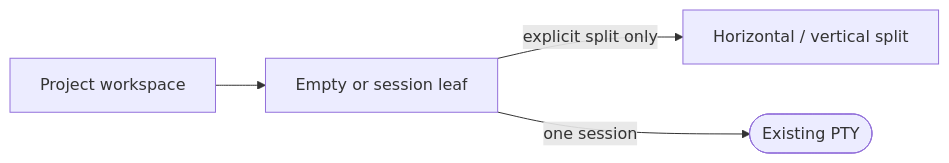
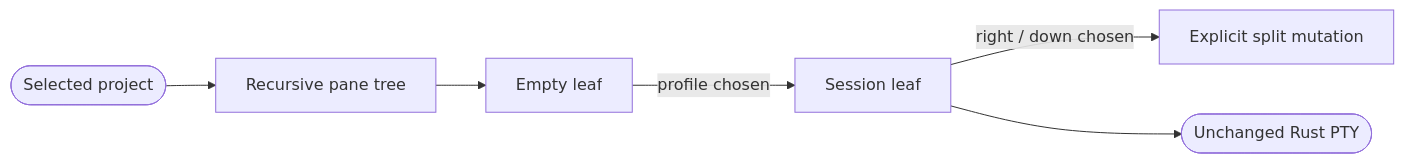
Before and after one commit to chrischeng-c4/axiom: the first of 2 diagrams in apps/workbench/tech-design/logic/model-project-scoped-recursive-terminal-pane-tree.md, drawn with Mermaid. The commit also changed other lines of this file, not shown here.

Commit message:
td(2499) — contract section: logic
Lifecycle-Slug: 2499
Work-Item: 2499
Lifecycle-Stage: Td-Section
Lifecycle-Phase: td_contract_in_progress
Lifecycle-Pass: contract
TD-Section: logic
Previous-Phase: td_applicability_created
Next-Phase: td_contract_in_progress
Next-Command: aw td create

````diff
--- a/apps/workbench/tech-design/logic/model-project-scoped-recursive-terminal-pane-tree.md
+++ b/apps/workbench/tech-design/logic/model-project-scoped-recursive-terminal-pane-tree.md
@@ -10,19 +10,25 @@
 ```mermaid
 ---
-id: workbench-recursive-pane-model
-entry: project-workspace
+id: workbench-recursive-pane-model-contract
+entry: select-project
 nodes:
-  workspace: { kind: start, label: "project workspace" }
-  leaf: { kind: process, label: "empty or session leaf" }
-  split: { kind: process, label: "horizontal or vertical split" }
-  sidecar: { kind: terminal, label: "existing PTY session" }
+  project: { kind: start, label: "selected project" }
+  tree: { kind: process, label: "recursive pane tree" }
+  empty: { kind: process, label: "empty leaf" }
+  session: { kind: process, label: "terminal session leaf" }
+  split: { kind: process, label: "explicit split mutation" }
+  pty: { kind: terminal, label: "unchanged Rust PTY" }
 edges:
-  - { from: workspace, to: leaf }
-  - { from: leaf, to: split, label: "explicit split only" }
-  - { from: leaf, to: sidecar, label: "one session" }
+  - { from: project, to: tree }
+  - { from: tree, to: empty }
+  - { from: empty, to: session, label: "profile chosen" }
+  - { from: session, to: split, label: "right or down chosen" }
+  - { from: session, to: pty }
 ---
 flowchart LR
-  workspace[Project workspace] --> leaf[Empty or session leaf]
-  leaf -->|explicit split only| split[Horizontal / vertical split]
-  leaf -->|one session| sidecar([Existing PTY])
+  project([Selected project]) --> tree[Recursive pane tree]
+  tree --> empty[Empty leaf]
+  empty -->|profile chosen| session[Session leaf]
+  session -->|right / down chosen| split[Explicit split mutation]
+  session --> pty([Unchanged Rust PTY])
 ```
````
